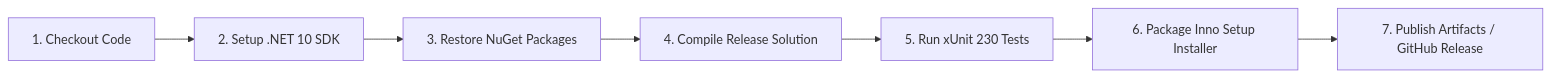
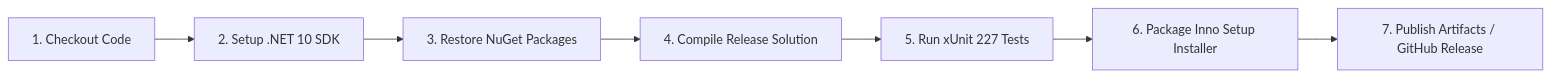
The diagram in docs/09_BUILD_DEPLOYMENT_AND_PACKAGING.md (Nguyen-Trung-Tien/WinCarePro), drawn with Mermaid before and after one commit. The commit also changed 28 other files, not shown here.

````diff
--- a/docs/09_BUILD_DEPLOYMENT_AND_PACKAGING.md
+++ b/docs/09_BUILD_DEPLOYMENT_AND_PACKAGING.md
@@ -97,9 +97,9 @@
 ```mermaid
 graph LR
     Checkout["1. Checkout Code"] --> SetupDotnet["2. Setup .NET 10 SDK"]
     SetupDotnet --> Restore["3. Restore NuGet Packages"]
     Restore --> Build["4. Compile Release Solution"]
-    Build --> Test["5. Run xUnit 230 Tests"]
+    Build --> Test["5. Run xUnit 227 Tests"]
     Test --> Pack["6. Package Inno Setup Installer"]
     Pack --> Release["7. Publish Artifacts / GitHub Release"]
 ```
````
